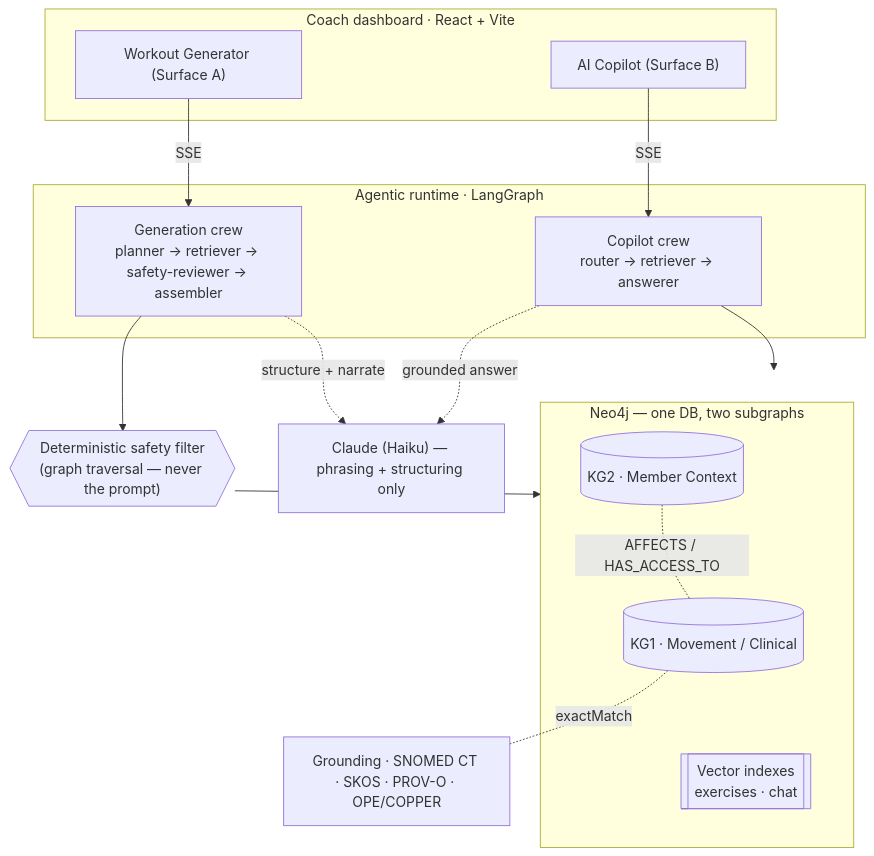
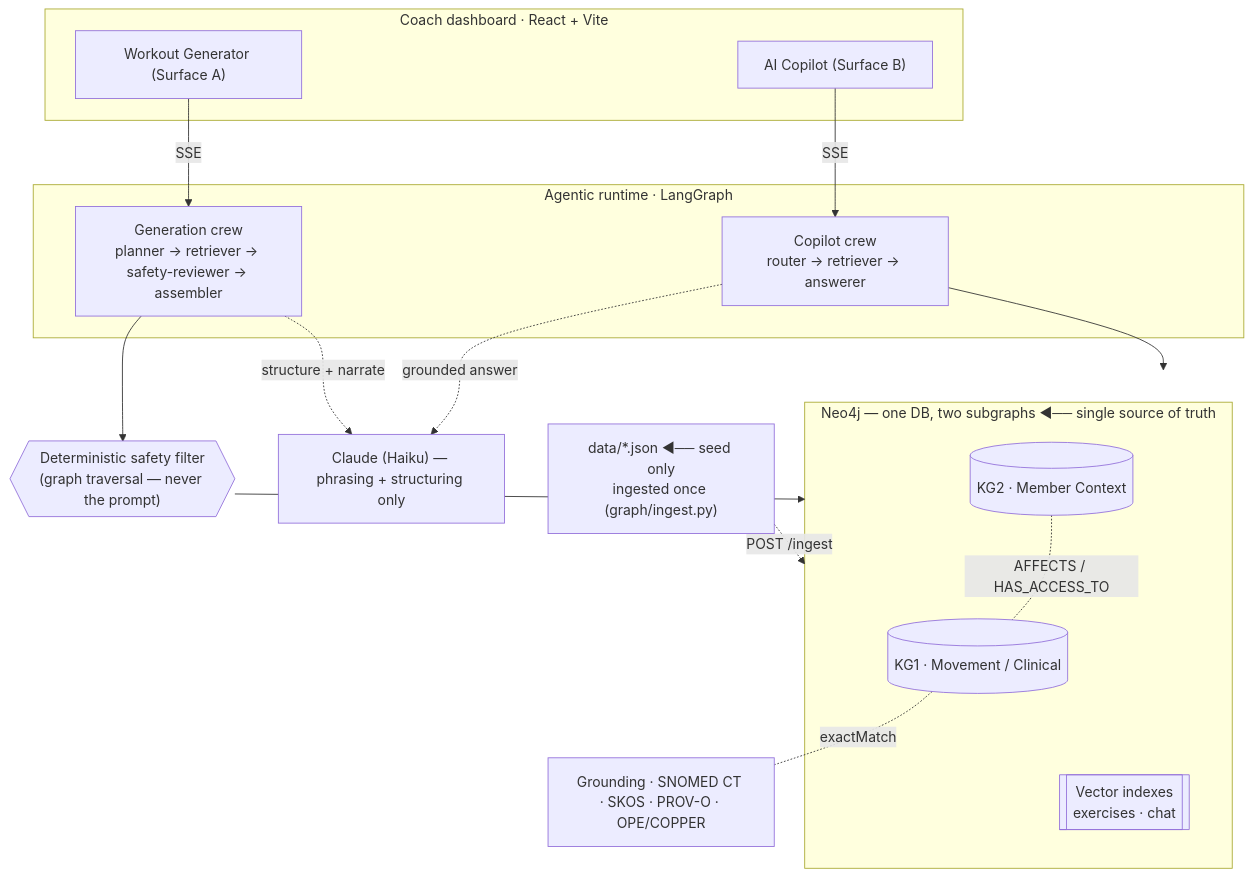
Before and after one commit to trossitter/future-coach-dashboard: the diagram in README.md, drawn with Mermaid. The commit also changed other lines of this file, not shown here.

First line of the commit message:
docs(readme): mark Neo4j as single source of truth; document copilot router

````diff
--- a/README.md
+++ b/README.md
@@ -16,31 +16,34 @@
 ```mermaid
 flowchart TB
   subgraph UI["Coach dashboard · React + Vite"]
     A["Workout Generator (Surface A)"]
     B["AI Copilot (Surface B)"]
   end
 
   subgraph RT["Agentic runtime · LangGraph"]
     G["Generation crew<br/>planner → retriever → safety-reviewer → assembler"]
     C["Copilot crew<br/>router → retriever → answerer"]
   end
 
   SAFE{{"Deterministic safety filter<br/>(graph traversal — never the prompt)"}}
 
-  subgraph KG["Neo4j — one DB, two subgraphs"]
+  subgraph KG["Neo4j — one DB, two subgraphs ◄── single source of truth"]
     K1[("KG1 · Movement / Clinical")]
     K2[("KG2 · Member Context")]
     VEC[["Vector indexes<br/>exercises · chat"]]
   end
+
+  SEED["data/*.json ◄── seed only<br/>ingested once (graph/ingest.py)"]
+  SEED -.->|"POST /ingest"| KG
 
   LLM["Claude (Haiku) — phrasing + structuring only"]
   GR["Grounding · SNOMED CT · SKOS · PROV-O · OPE/COPPER"]
 
   A -->|SSE| G --> SAFE --> KG
   B -->|SSE| C --> KG
   G -. structure + narrate .-> LLM
   C -. grounded answer .-> LLM
   KG --- VEC
   K1 -. exactMatch .- GR
   K2 -. AFFECTS / HAS_ACCESS_TO .- K1
 ```
````
